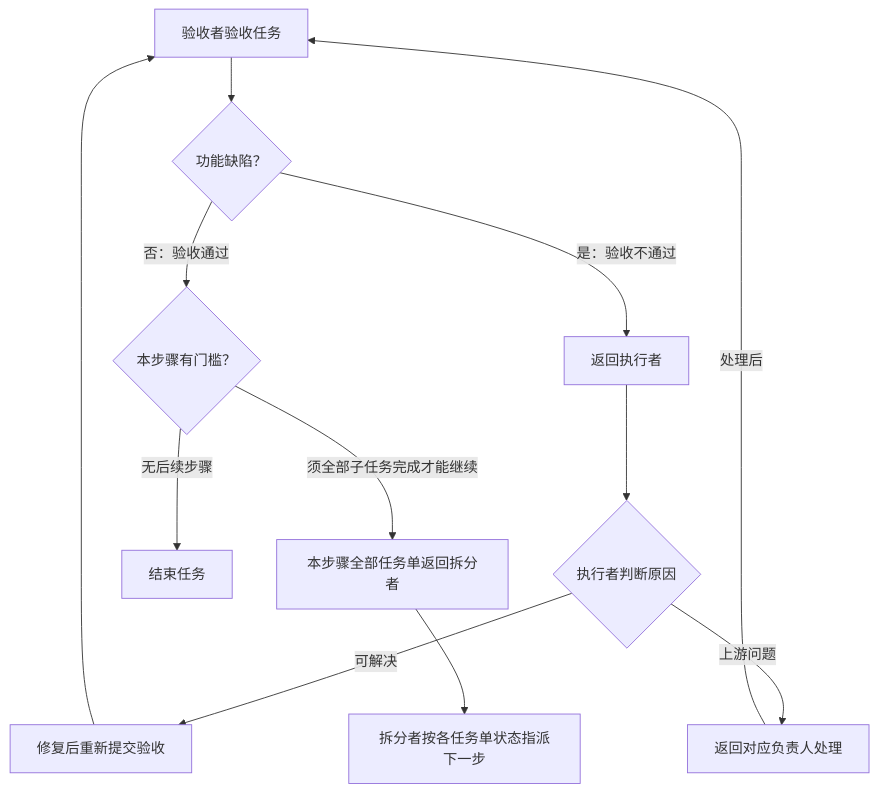
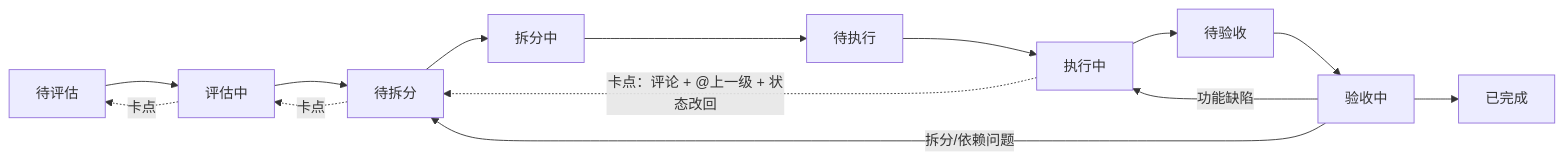
One commit to Misaka16608/plane changed the diagram in docs/需求文档.md. Above: the diagram before and after it, drawn with Mermaid. The commit also changed other lines of this file, not shown here.

````diff
--- a/docs/需求文档.md
+++ b/docs/需求文档.md
@@ -188,14 +40,16 @@
 ```mermaid
-flowchart TD
-    A["验收者验收任务"] --> B{"功能缺陷？"}
-    B -->|"是：验收不通过"| C["返回执行者"]
-    C --> D{"执行者判断原因"}
-    D -->|"可解决"| E["修复后重新提交验收"]
-    E --> A
-    D -->|"上游问题"| F["返回对应负责人处理"]
-    F -->|"处理后"| A
-    B -->|"否：验收通过"| G{"本步骤有门槛？"}
-    G -->|"无后续步骤"| H["结束任务"]
-    G -->|"须全部子任务完成才能继续"| I["本步骤全部任务单返回拆分者"]
-    I --> J["拆分者按各任务单状态指派下一步"]
+flowchart LR
+    A["待评估"] --> B["评估中"]
+    B --> C["待拆分"]
+    C --> D["拆分中"]
+    D --> E["待执行"]
+    E --> F["执行中"]
+    F --> G["待验收"]
+    G --> H["验收中"]
+    H --> I["已完成"]
+    H -->|"功能缺陷"| F
+    H -->|"拆分/依赖问题"| C
+    F -.->|"卡点：评论 + @上一级 + 状态改回"| C
+    C -.->|"卡点"| B
+    B -.->|"卡点"| A
 ```
````
